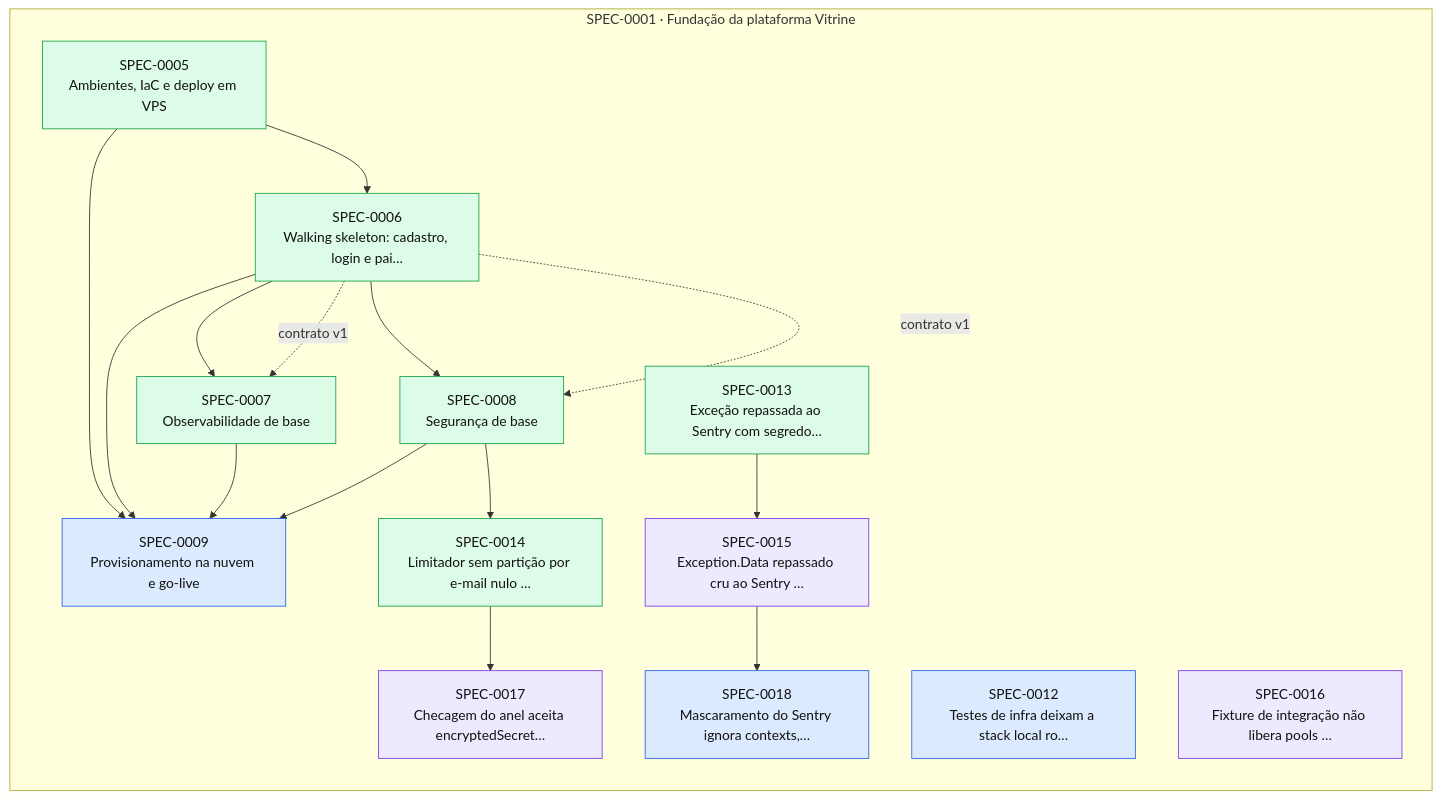
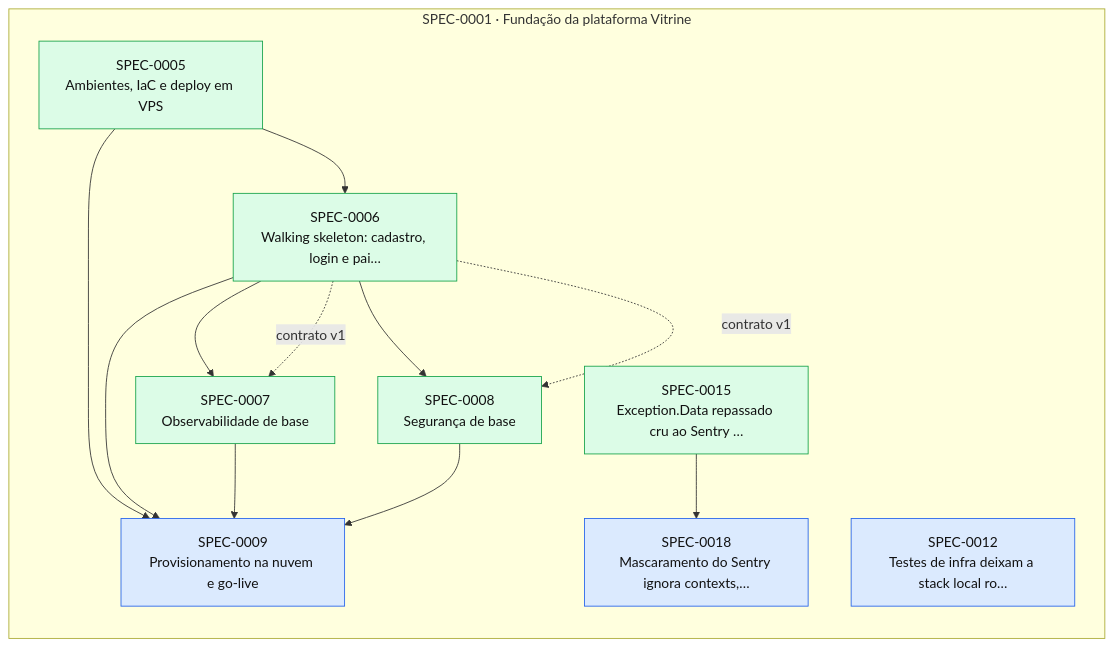
The diagram in docs/specs/INDEX.md (thomasravache/vitrine), drawn with Mermaid before and after one commit. The commit also changed other lines of this file and 5 other files, not shown here.

````diff
--- a/docs/specs/INDEX.md
+++ b/docs/specs/INDEX.md
@@ -61,35 +58,28 @@
 ```mermaid
 flowchart LR
   subgraph E0001["SPEC-0001 · Fundação da plataforma Vitrine"]
     S0005["SPEC-0005<br/>Ambientes, IaC e deploy em VPS"]:::implemented
     S0006["SPEC-0006<br/>Walking skeleton: cadastro, login e pai…"]:::implemented
     S0007["SPEC-0007<br/>Observabilidade de base"]:::implemented
     S0008["SPEC-0008<br/>Segurança de base"]:::implemented
     S0009["SPEC-0009<br/>Provisionamento na nuvem e go-live"]:::approved
     S0012["SPEC-0012<br/>Testes de infra deixam a stack local ro…"]:::approved
-    S0013["SPEC-0013<br/>Exceção repassada ao Sentry com segredo…"]:::implemented
-    S0014["SPEC-0014<br/>Limitador sem partição por e-mail nulo …"]:::implemented
-    S0015["SPEC-0015<br/>Exception.Data repassado cru ao Sentry …"]:::inprogress
-    S0016["SPEC-0016<br/>Fixture de integração não libera pools …"]:::inprogress
-    S0017["SPEC-0017<br/>Checagem do anel aceita encryptedSecret…"]:::inprogress
+    S0015["SPEC-0015<br/>Exception.Data repassado cru ao Sentry …"]:::implemented
     S0018["SPEC-0018<br/>Mascaramento do Sentry ignora contexts,…"]:::approved
   end
   S0005 --> S0006
   S0006 --> S0007
   S0006 -. contrato v1 .-> S0007
   S0006 --> S0008
   S0006 -. contrato v1 .-> S0008
   S0005 --> S0009
   S0006 --> S0009
   S0007 --> S0009
   S0008 --> S0009
-  S0008 --> S0014
-  S0013 --> S0015
-  S0014 --> S0017
   S0015 --> S0018
   classDef proposed fill:#fef3c7,stroke:#d97706,color:#111
   classDef approved fill:#dbeafe,stroke:#2563eb,color:#111
   classDef inprogress fill:#ede9fe,stroke:#7c3aed,color:#111
   classDef implemented fill:#dcfce7,stroke:#16a34a,color:#111
   classDef deprecated fill:#f3f4f6,stroke:#9ca3af,color:#6b7280
 ```
````
